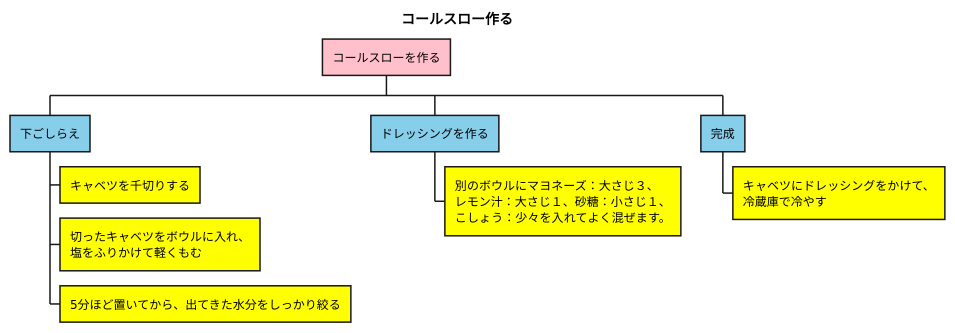
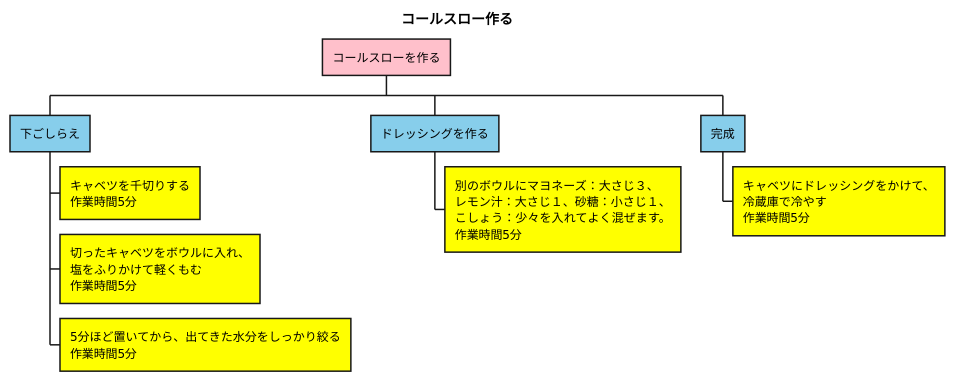
One commit to Morijyobi-guchi/dinner_project changed the diagram in WBS_副菜.pu. Above: the diagram before and after it, drawn with PlantUML. The commit also changed 3 other files, not shown here.

Commit message:
コールスローのアクティビティ図

```diff
--- a/WBS_副菜.pu
+++ b/WBS_副菜.pu
@@ -1,12 +1,12 @@
 @startwbs dinnerを作る
 title コールスロー作る 
 *[#Pink] コールスローを作る
 **[#SkyBlue] 下ごしらえ
-***[#Yellow] キャベツを千切りする
-***[#Yellow] 切ったキャベツをボウルに入れ、\n塩をふりかけて軽くもむ
-***[#Yellow] 5分ほど置いてから、出てきた水分をしっかり絞る
+***[#Yellow] キャベツを千切りする\n作業時間5分
+***[#Yellow] 切ったキャベツをボウルに入れ、\n塩をふりかけて軽くもむ\n作業時間5分
+***[#Yellow] 5分ほど置いてから、出てきた水分をしっかり絞る\n作業時間5分
 **[#SkyBlue] ドレッシングを作る
-***[#Yellow] 別のボウルにマヨネーズ：大さじ３、\nレモン汁：大さじ１、砂糖：小さじ１、\nこしょう：少々を入れてよく混ぜます。
+***[#Yellow] 別のボウルにマヨネーズ：大さじ３、\nレモン汁：大さじ１、砂糖：小さじ１、\nこしょう：少々を入れてよく混ぜます。\n作業時間5分
 **[#SkyBlue] 完成
-***[#Yellow] キャベツにドレッシングをかけて、\n冷蔵庫で冷やす
+***[#Yellow] キャベツにドレッシングをかけて、\n冷蔵庫で冷やす\n作業時間5分
 @endwbs
```
